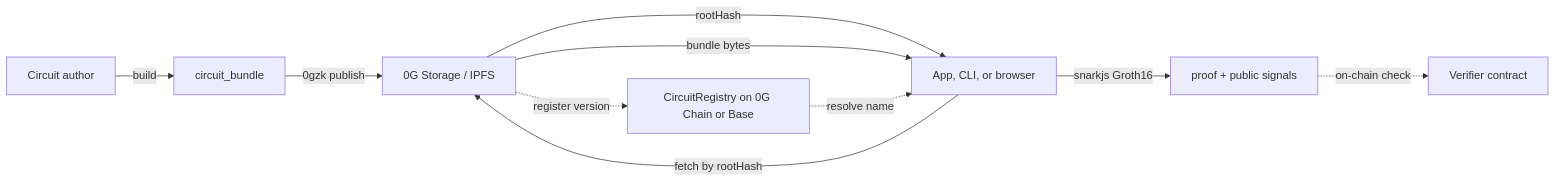
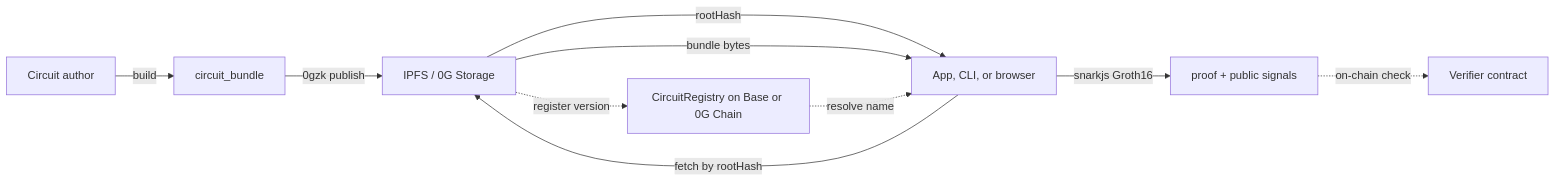
The diagram in docs/content/index.mdx (oynozan/0gzk), drawn with Mermaid before and after one commit. The commit also changed other lines of this file and 19 other files, not shown here.

````diff
--- a/docs/content/index.mdx
+++ b/docs/content/index.mdx
@@ -57,12 +57,12 @@
 ```mermaid
 flowchart LR
   Author["Circuit author"] -->|build| Bundle["circuit_bundle"]
-  Bundle -->|0gzk publish| Storage["0G Storage / IPFS"]
+  Bundle -->|0gzk publish| Storage["IPFS / 0G Storage"]
   Storage -->|rootHash| Client["App, CLI, or browser"]
   Client -->|fetch by rootHash| Storage
   Storage -->|bundle bytes| Client
   Client -->|snarkjs Groth16| Proof["proof + public signals"]
-  Storage -.->|register version| Registry["CircuitRegistry on 0G Chain or Base"]
+  Storage -.->|register version| Registry["CircuitRegistry on Base or 0G Chain"]
   Registry -.->|resolve name| Client
   Proof -.->|on-chain check| Verifier["Verifier contract"]
 ```
````
